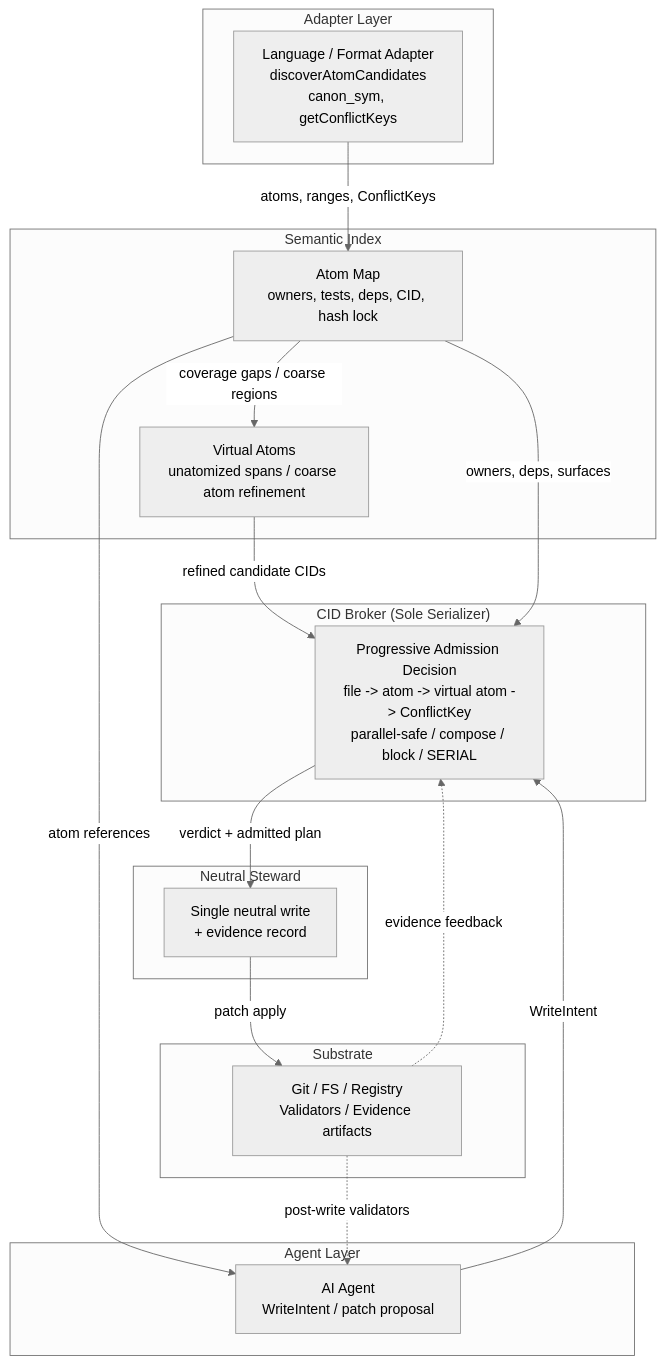
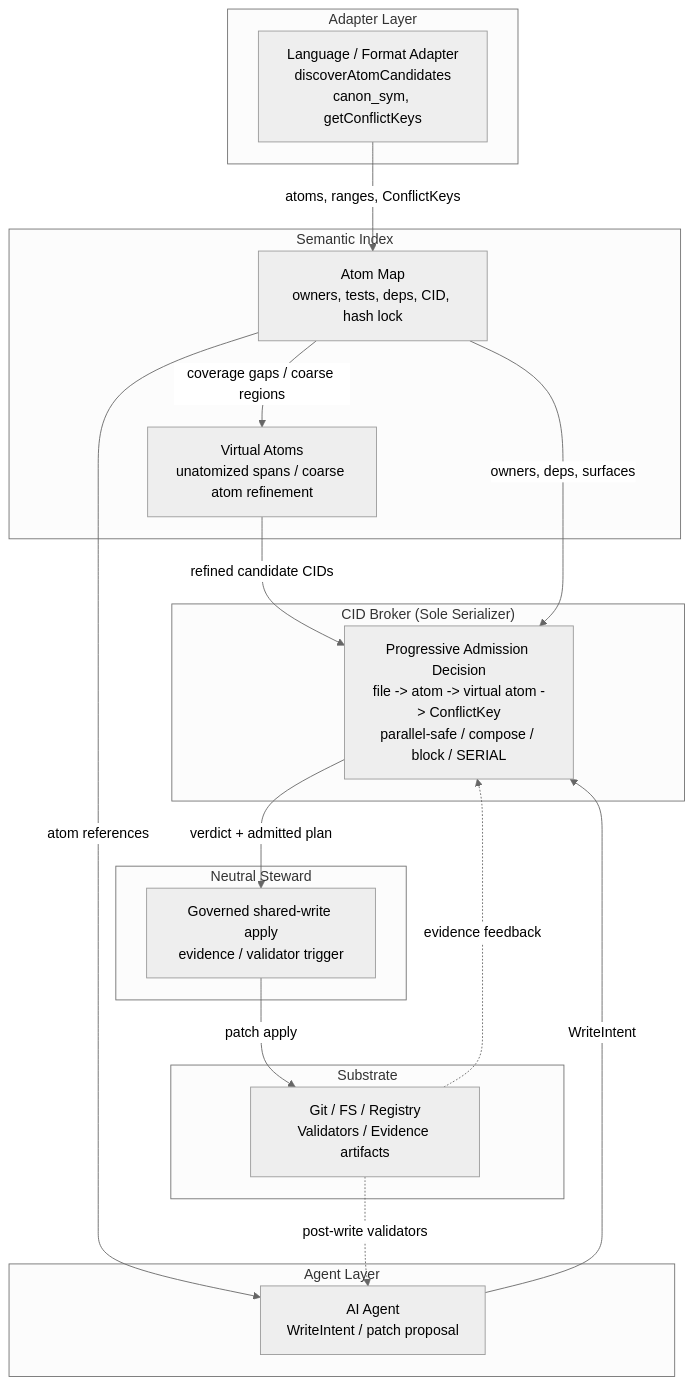
The first of 3 diagrams in docs/ai_atomic_framework/arxiv-paper-v1/paper.v3.1.md (eaglhuang/3klife), drawn with Mermaid (neutral theme) before and after one commit. The commit also changed other lines of this file and 4 other files, not shown here.

````diff
--- a/docs/ai_atomic_framework/arxiv-paper-v1/paper.v3.1.md
+++ b/docs/ai_atomic_framework/arxiv-paper-v1/paper.v3.1.md
@@ -125,32 +128,32 @@
 ```mermaid
 flowchart TB
     subgraph Adapter["Adapter Layer"]
         A1["Language / Format Adapter<br/>discoverAtomCandidates<br/>canon_sym, getConflictKeys"]
     end
     subgraph Map["Semantic Index"]
         M1["Atom Map<br/>owners, tests, deps, CID, hash lock"]
         M2["Virtual Atoms<br/>unatomized spans / coarse atom refinement"]
     end
     subgraph Agent["Agent Layer"]
         AG["AI Agent<br/>WriteIntent / patch proposal"]
     end
     subgraph Broker["CID Broker (Sole Serializer)"]
         B["Progressive Admission Decision<br/>file -> atom -> virtual atom -> ConflictKey<br/>parallel-safe / compose / block / SERIAL"]
     end
     subgraph Steward["Neutral Steward"]
-        S["Single neutral write<br/>+ evidence record"]
+        S["Governed shared-write apply<br/>evidence / validator trigger"]
     end
     subgraph Substrate["Substrate"]
         SUB["Git / FS / Registry<br/>Validators / Evidence artifacts"]
     end
     A1 -- "atoms, ranges, ConflictKeys" --> M1
     M1 -- "coverage gaps / coarse regions" --> M2
     M1 -- "atom references" --> AG
     M2 -- "refined candidate CIDs" --> B
     AG -- "WriteIntent" --> B
     M1 -- "owners, deps, surfaces" --> B
     B -- "verdict + admitted plan" --> S
     S -- "patch apply" --> SUB
     SUB -. "evidence feedback" .-> B
     SUB -. "post-write validators" .-> AG
 ```
````
